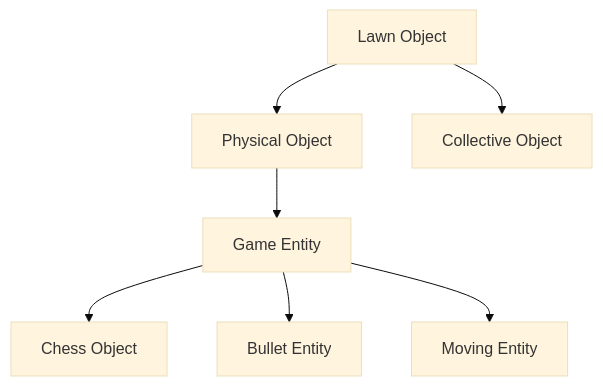
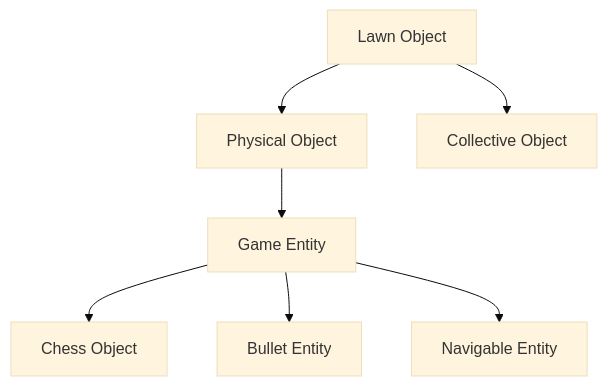
The diagram in README.md (cylixlee/flora), drawn with Mermaid (base theme) before and after one commit. The commit also changed other lines of this file, not shown here.

````diff
--- a/README.md
+++ b/README.md
@@ -18,18 +36,18 @@
 ```mermaid
 graph TB
 
 L[Lawn Object]
 P[Physical Object]
 C[Collective Object]
 G[Game Entity]
 CH[Chess Object]
 B[Bullet Entity]
-M[Moving Entity]
+N[Navigable Entity]
 
 L --> P
 L --> C
 P --> G
 G --> CH
 G --> B
-G --> M
+G --> N
 ```
````
